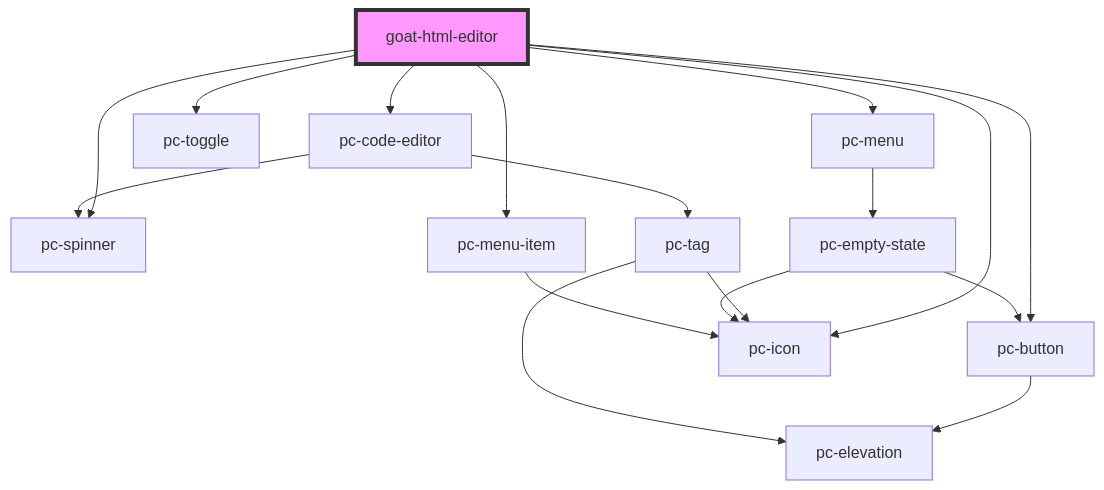
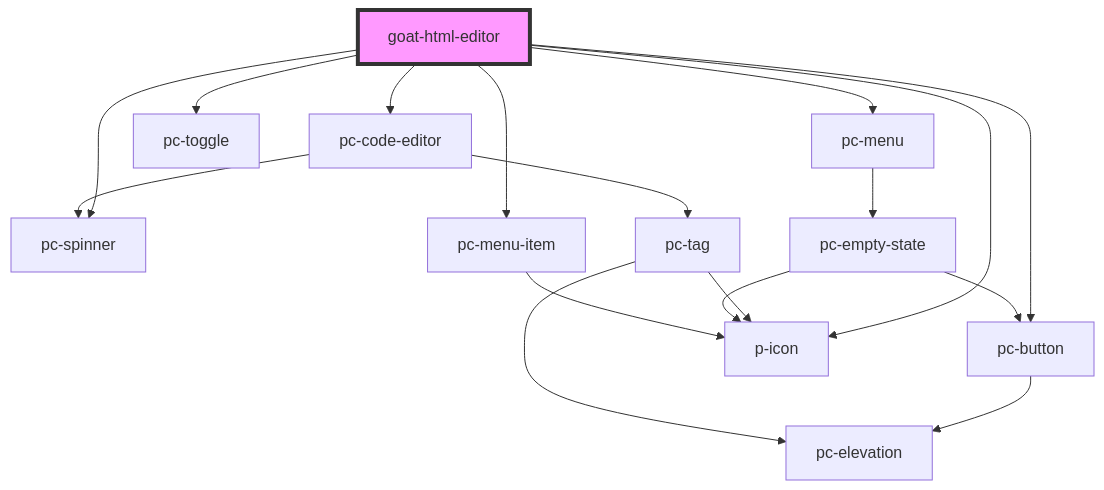
The diagram in src/components/input-controls/html-editor/readme.md (redvars/peacock), drawn with Mermaid before and after one commit. The commit also changed other lines of this file and 94 other files, not shown here.

````diff
--- a/src/components/input-controls/html-editor/readme.md
+++ b/src/components/input-controls/html-editor/readme.md
@@ -85,20 +85,20 @@
 ```mermaid
 graph TD;
   goat-html-editor --> pc-button
-  goat-html-editor --> pc-icon
+  goat-html-editor --> p-icon
   goat-html-editor --> pc-spinner
   goat-html-editor --> pc-code-editor
   goat-html-editor --> pc-toggle
   goat-html-editor --> pc-menu
   goat-html-editor --> pc-menu-item
   pc-button --> pc-elevation
   pc-code-editor --> pc-tag
   pc-code-editor --> pc-spinner
-  pc-tag --> pc-icon
+  pc-tag --> p-icon
   pc-tag --> pc-elevation
   pc-menu --> pc-empty-state
-  pc-empty-state --> pc-icon
+  pc-empty-state --> p-icon
   pc-empty-state --> pc-button
-  pc-menu-item --> pc-icon
+  pc-menu-item --> p-icon
   style goat-html-editor fill:#f9f,stroke:#333,stroke-width:4px
 ```
````
